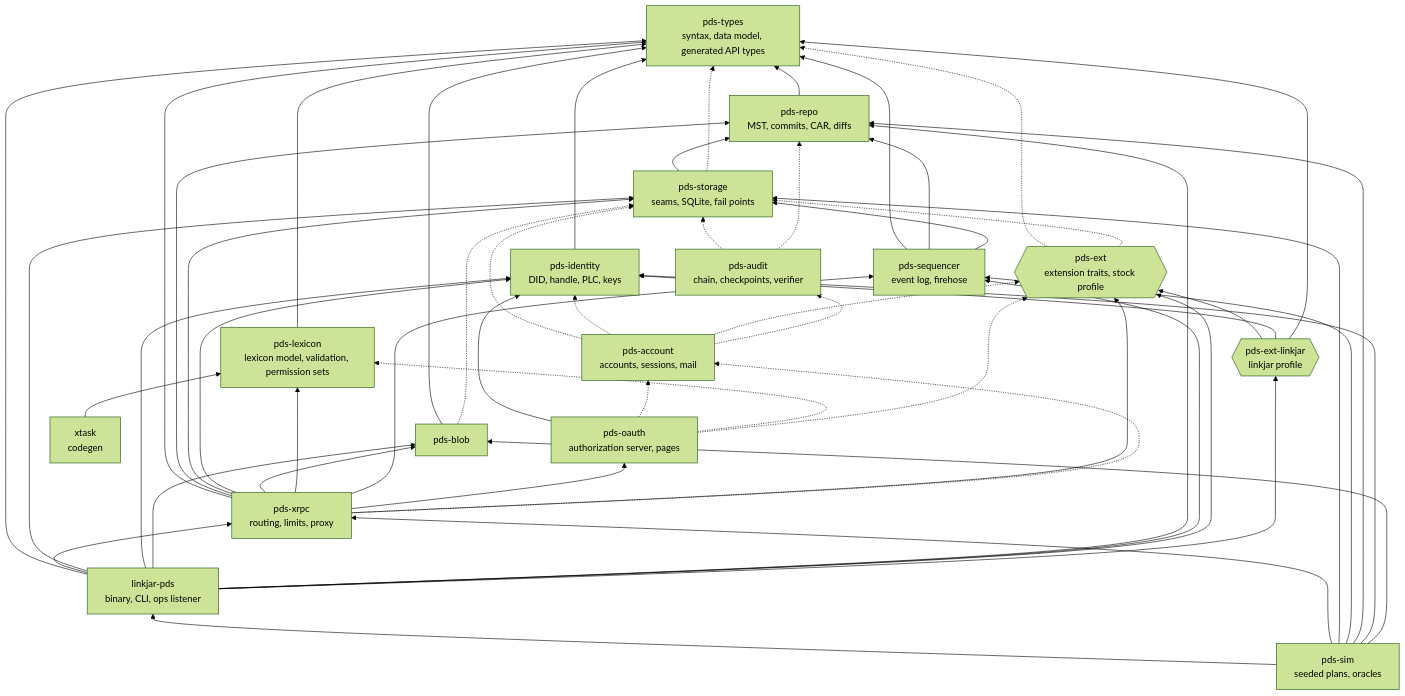
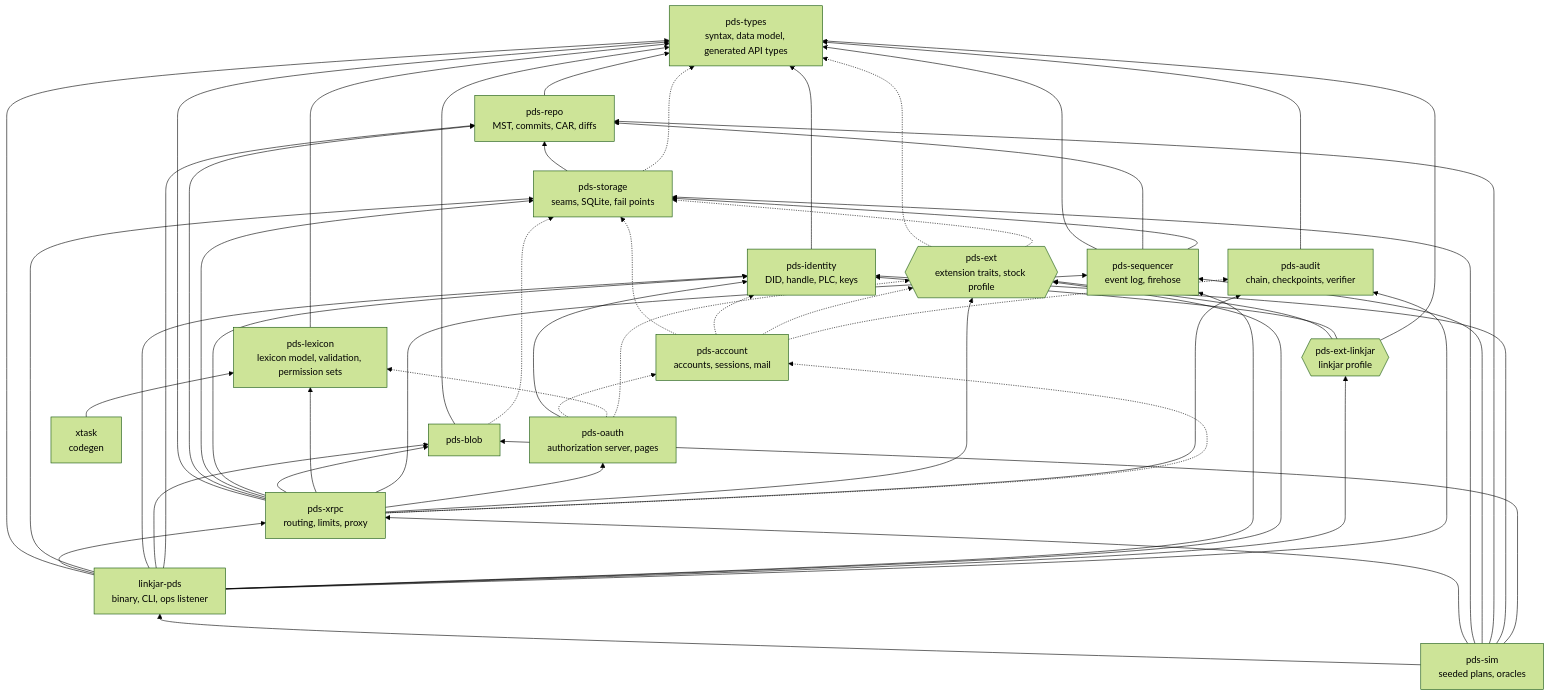
Before and after one commit to linkjar/pds: the diagram in docs/architecture/diagrams/03-crates.mmd, drawn with Mermaid (forest theme). The commit also changed 9 other files, not shown here.

```diff
--- a/docs/architecture/diagrams/03-crates.mmd
+++ b/docs/architecture/diagrams/03-crates.mmd
@@ -1,36 +1,36 @@
 flowchart BT
   types[pds-types<br/>syntax, data model, generated API types]
   lexicon[pds-lexicon<br/>lexicon model, validation, permission sets]
   repo[pds-repo<br/>MST, commits, CAR, diffs]
   storage[pds-storage<br/>seams, SQLite, fail points]
   blob[pds-blob]
   identity[pds-identity<br/>DID, handle, PLC, keys]
   sequencer[pds-sequencer<br/>event log, firehose]
   account[pds-account<br/>accounts, sessions, mail]
   oauth[pds-oauth<br/>authorization server, pages]
   audit[pds-audit<br/>chain, checkpoints, verifier]
   xrpc[pds-xrpc<br/>routing, limits, proxy]
   ext{{pds-ext<br/>extension traits, stock profile}}
   linkjar{{pds-ext-linkjar<br/>linkjar profile}}
   sim[pds-sim<br/>seeded plans, oracles]
   bin[linkjar-pds<br/>binary, CLI, ops listener]
   xtask[xtask<br/>codegen]
   lexicon --> types
   repo --> types
   storage --> repo
   storage -.-> types
   blob --> types
   blob -.-> storage
   identity --> types
   sequencer --> types & repo & storage
   account -.-> storage & identity & ext & audit
   oauth --> identity
   oauth -.-> account & lexicon & ext
-  audit -.-> storage & repo
-  xrpc --> types & repo & storage & identity & blob & lexicon & sequencer & oauth & ext
+  audit --> types
+  xrpc --> types & repo & storage & identity & blob & lexicon & sequencer & oauth & ext & audit
   xrpc -.-> account
   ext -.-> types & storage
   linkjar --> ext & identity & types
   sim --> bin & xrpc & storage & sequencer & repo & identity & blob
-  bin --> types & xrpc & storage & identity & blob & repo & sequencer & ext & linkjar
+  bin --> types & xrpc & storage & identity & blob & repo & sequencer & ext & linkjar & audit
   xtask --> lexicon
```
